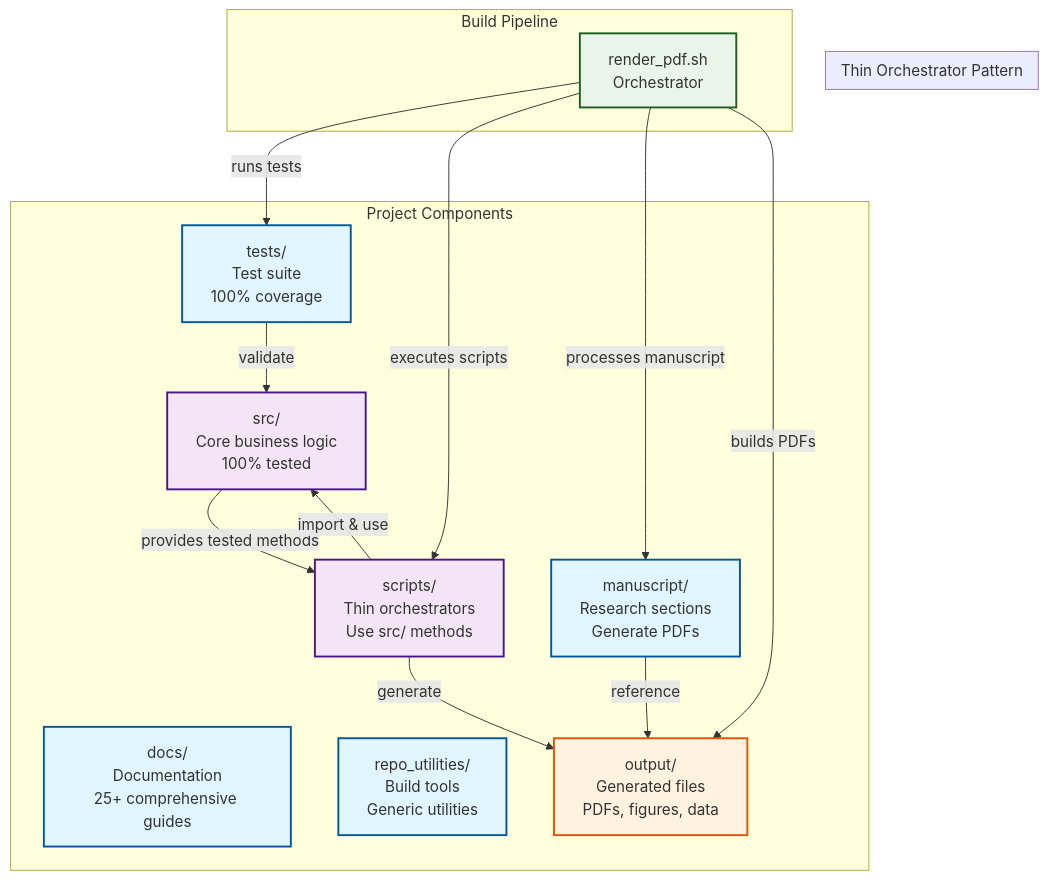
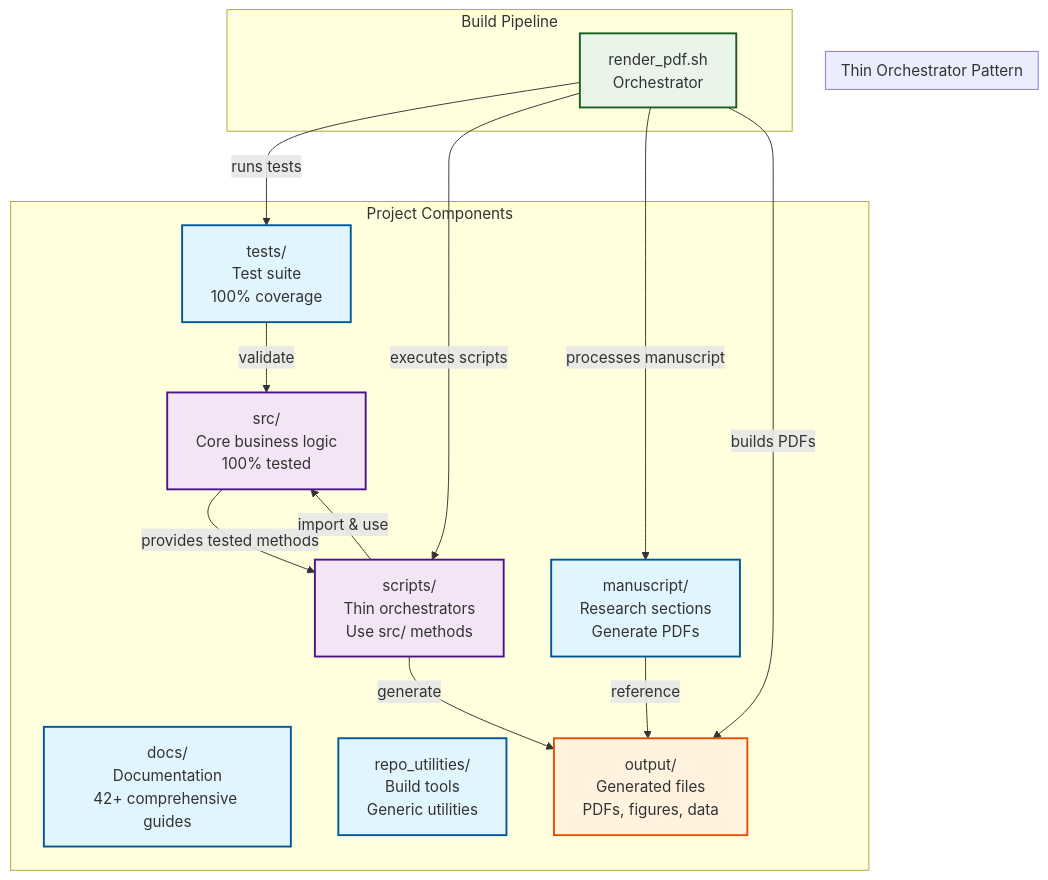
The fourth of 6 diagrams in README.md (docxology/template), drawn with Mermaid before and after one commit. The commit also changed other lines of this file and 45 other files, not shown here.

````diff
--- a/README.md
+++ b/README.md
@@ -307,38 +305,38 @@
 ```mermaid
 graph TB
     subgraph "Project Components"
         SRC[src/<br/>Core business logic<br/>100% tested]
         TESTS[tests/<br/>Test suite<br/>100% coverage]
         SCRIPTS[scripts/<br/>Thin orchestrators<br/>Use src/ methods]
-        DOCS[docs/<br/>Documentation<br/>25+ comprehensive guides]
+        DOCS[docs/<br/>Documentation<br/>42+ comprehensive guides]
         MANUSCRIPT[manuscript/<br/>Research sections<br/>Generate PDFs]
         REPO_UTILS[repo_utilities/<br/>Build tools<br/>Generic utilities]
         OUTPUT[output/<br/>Generated files<br/>PDFs, figures, data]
     end
     
     subgraph "Thin Orchestrator Pattern"
         SRC -->|"provides tested methods"| SCRIPTS
         SCRIPTS -->|"import & use"| SRC
         SCRIPTS -->|"generate"| OUTPUT
         MANUSCRIPT -->|"reference"| OUTPUT
         TESTS -->|"validate"| SRC
     end
     
     subgraph "Build Pipeline"
         RENDER[render_pdf.sh<br/>Orchestrator]
         RENDER -->|"runs tests"| TESTS
         RENDER -->|"executes scripts"| SCRIPTS
         RENDER -->|"processes manuscript"| MANUSCRIPT
         RENDER -->|"builds PDFs"| OUTPUT
     end
     
     classDef core fill:#e1f5fe,stroke:#01579b,stroke-width:2px
     classDef pattern fill:#f3e5f5,stroke:#4a148c,stroke-width:2px
     classDef pipeline fill:#e8f5e8,stroke:#1b5e20,stroke-width:2px
     classDef output fill:#fff3e0,stroke:#e65100,stroke-width:2px
     
     class SRC,TESTS,SCRIPTS,DOCS,MANUSCRIPT,REPO_UTILS core
     class SRC,SCRIPTS pattern
     class RENDER pipeline
     class OUTPUT output
 ```
````
